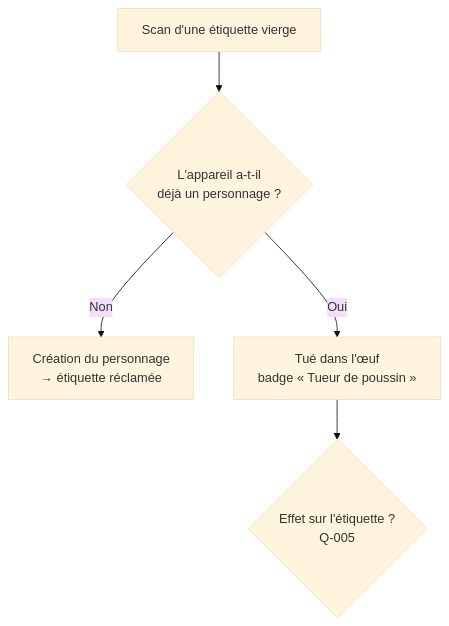
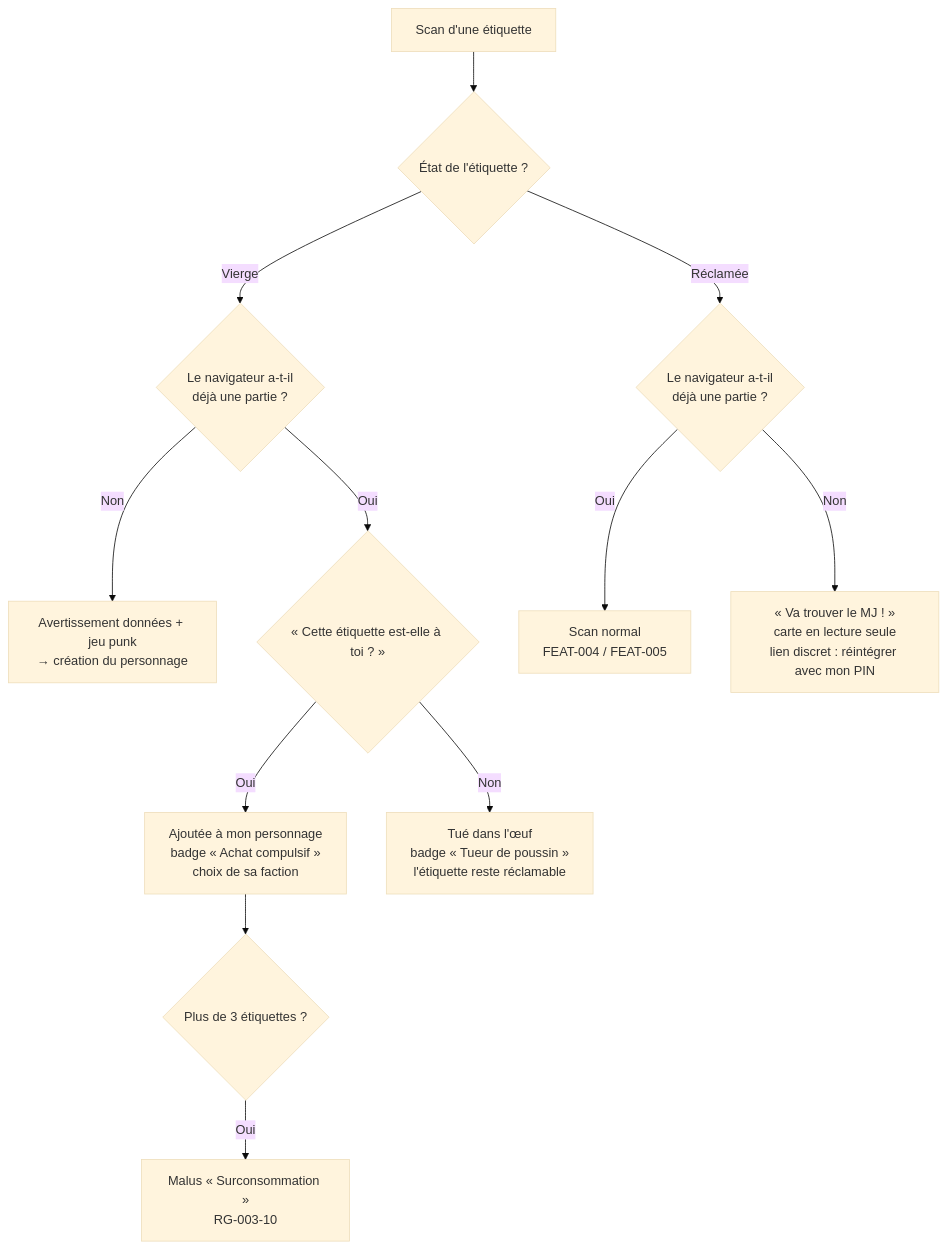
Before and after one commit to trash-anger/pandemonium2026: the diagram in specs/fonctionnalites/personnage.md, drawn with Mermaid (base theme). The commit also changed other lines of this file and 33 other files, not shown here.

````diff
--- a/specs/fonctionnalites/personnage.md
+++ b/specs/fonctionnalites/personnage.md
@@ -17,7 +17,14 @@
 ```mermaid
 flowchart TD
-    S[Scan d'une étiquette vierge] --> Q{L'appareil a-t-il<br/>déjà un personnage ?}
-    Q -->|Non| C[Création du personnage<br/>→ étiquette réclamée]
-    Q -->|Oui| K[Tué dans l'œuf<br/>badge « Tueur de poussin »]
-    K --> E{Effet sur l'étiquette ?<br/>Q-005}
+    S[Scan d'une étiquette] --> R{État de l'étiquette ?}
+    R -->|Vierge| Q{Le navigateur a-t-il<br/>déjà une partie ?}
+    Q -->|Non| C[Avertissement données + jeu punk<br/>→ création du personnage]
+    Q -->|Oui| K{« Cette étiquette est-elle à toi ? »}
+    K -->|Oui| A[Ajoutée à mon personnage<br/>badge « Achat compulsif »<br/>choix de sa faction]
+    K -->|Non| T[Tué dans l'œuf<br/>badge « Tueur de poussin »<br/>l'étiquette reste réclamable]
+    A --> M{Plus de 3 étiquettes ?}
+    M -->|Oui| SC[Malus « Surconsommation »<br/>RG-003-10]
+    R -->|Réclamée| P{Le navigateur a-t-il<br/>déjà une partie ?}
+    P -->|Oui| N[Scan normal<br/>FEAT-004 / FEAT-005]
+    P -->|Non| V[« Va trouver le MJ ! »<br/>carte en lecture seule<br/>lien discret : réintégrer avec mon PIN]
 ```
````
